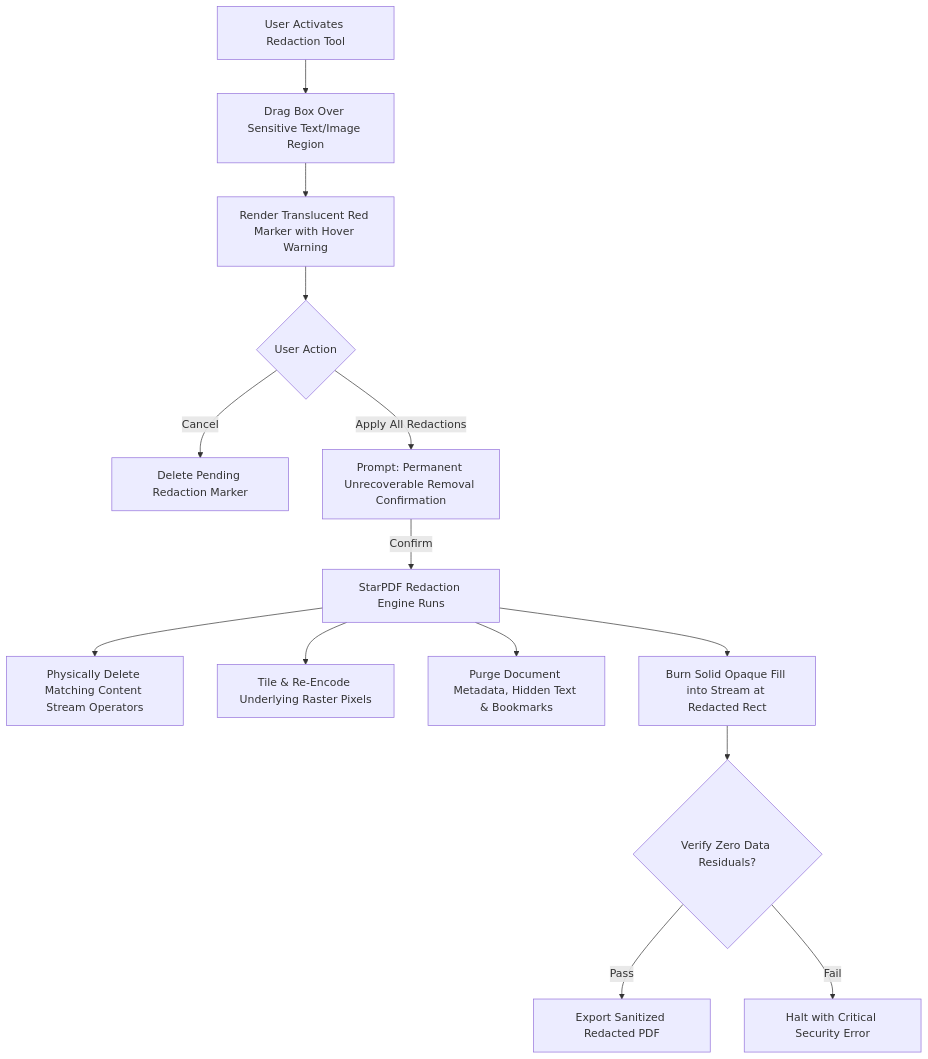
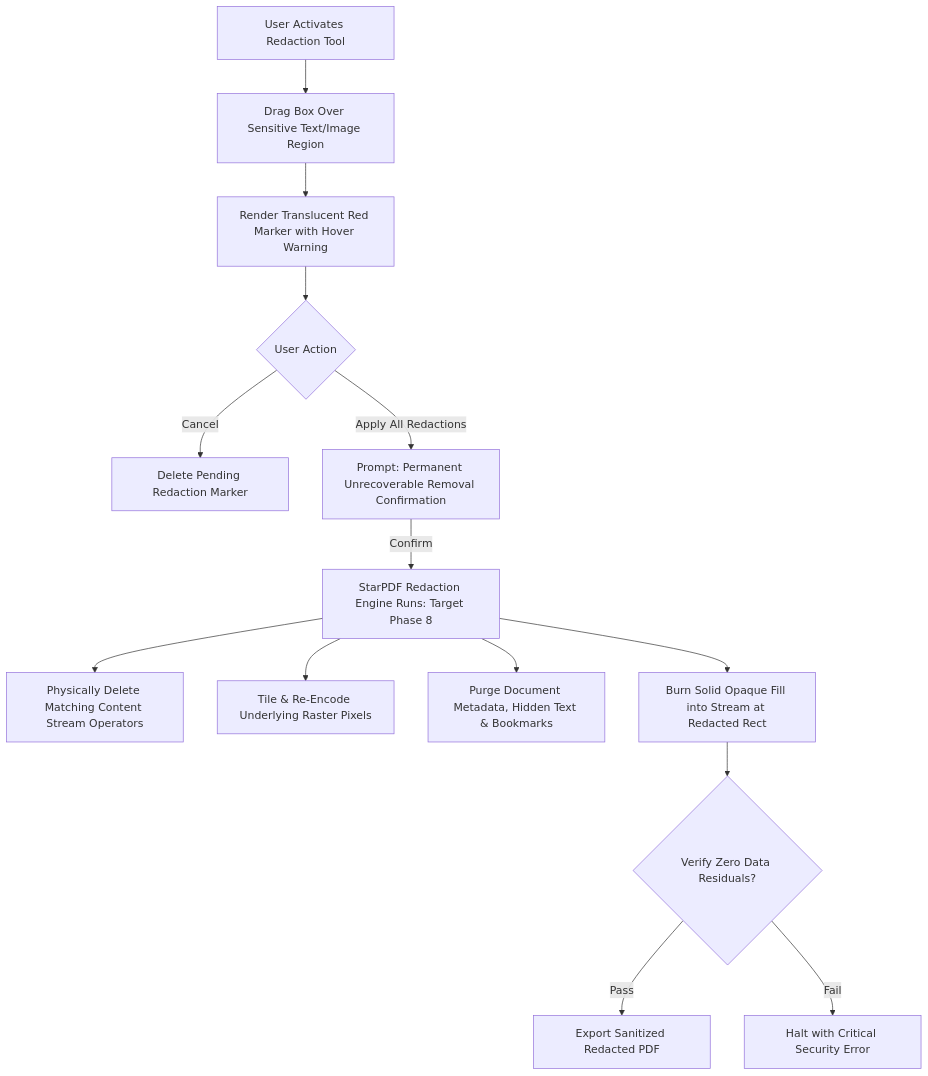
One commit to sallahuddin92/toolrakyat changed the fifth of 5 diagrams in docs/product/APP_FLOW.md. Above: the diagram before and after it, drawn with Mermaid. The commit also changed other lines of this file and 8 other files, not shown here.

````diff
--- a/docs/product/APP_FLOW.md
+++ b/docs/product/APP_FLOW.md
@@ -188,19 +189,19 @@
 ```mermaid
 flowchart TD
     RedactTool[User Activates Redaction Tool] --> MarkRegion[Drag Box Over Sensitive Text/Image Region]
     MarkRegion --> DisplayRedactOverlay[Render Translucent Red Marker with Hover Warning]
     
     DisplayRedactOverlay --> RedactAction{User Action}
     RedactAction -->|Cancel| RemoveMarker[Delete Pending Redaction Marker]
     RedactAction -->|Apply All Redactions| SanitizeModal[Prompt: Permanent Unrecoverable Removal Confirmation]
     
-    SanitizeModal -->|Confirm| ExecuteRedaction[StarPDF Redaction Engine Runs]
+    SanitizeModal -->|Confirm| ExecuteRedaction[StarPDF Redaction Engine Runs: Target Phase 8]
     ExecuteRedaction --> ClipStreams[Physically Delete Matching Content Stream Operators]
     ExecuteRedaction --> CropRaster[Tile & Re-Encode Underlying Raster Pixels]
     ExecuteRedaction --> PurgeMetadata[Purge Document Metadata, Hidden Text & Bookmarks]
     ExecuteRedaction --> PaintBlackBox[Burn Solid Opaque Fill into Stream at Redacted Rect]
     
     PaintBlackBox --> ValidateSanitization{Verify Zero Data Residuals?}
     ValidateSanitization -->|Pass| GenerateRedactedPdf[Export Sanitized Redacted PDF]
     ValidateSanitization -->|Fail| AbortRedaction[Halt with Critical Security Error]
 ```
````
